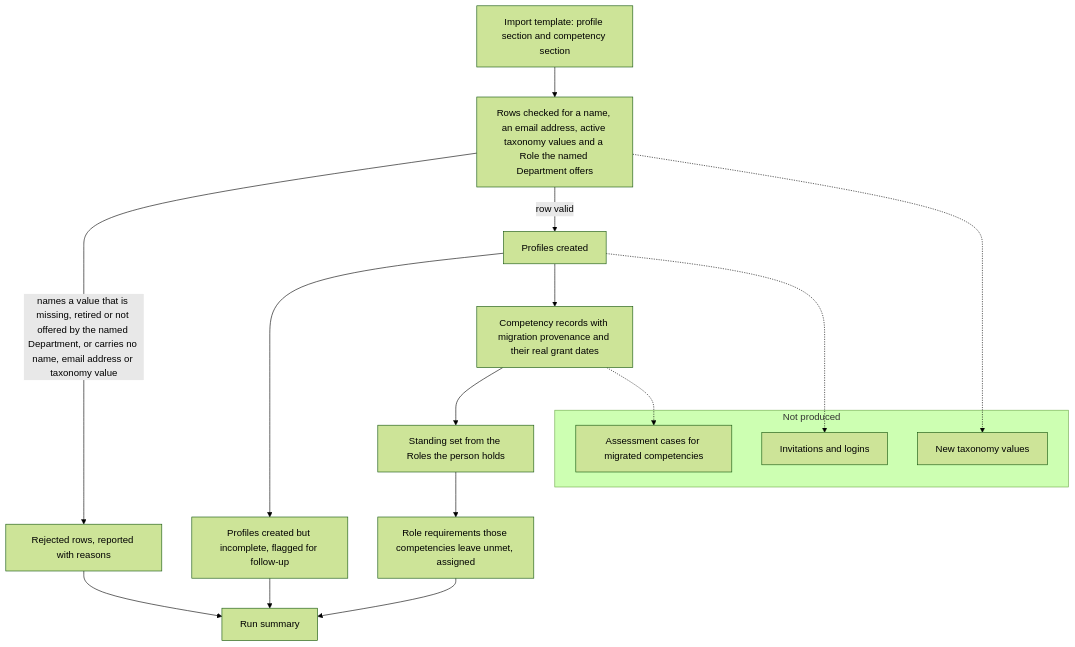
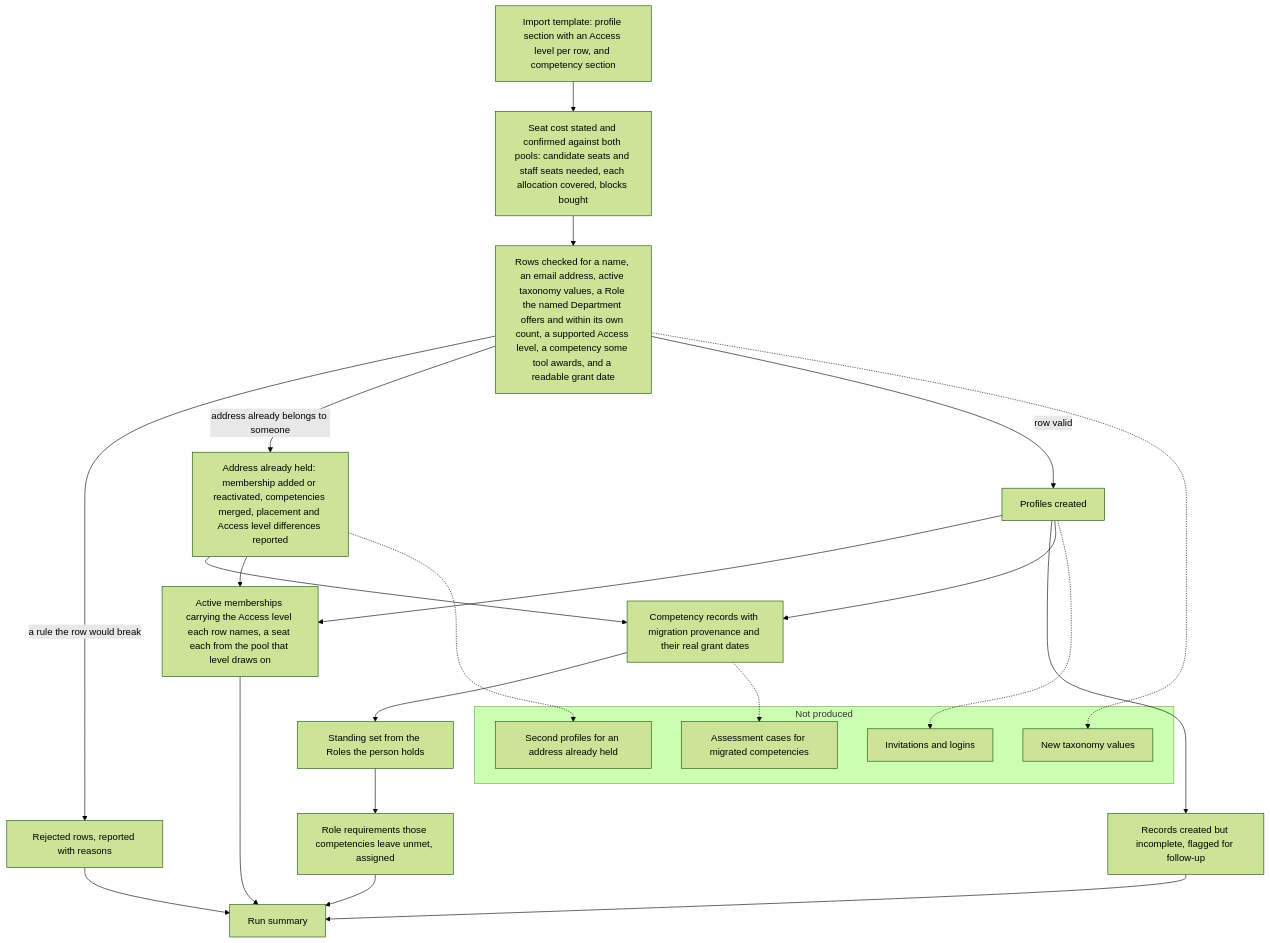
The second of 2 diagrams in docs/plans/2026-08-04-002-feat-organisation-settings-plan.md (AWyborn2/SPROUTFormsAi), drawn with Mermaid (forest theme) before and after one commit. The commit also changed other lines of this file and 1 other file, not shown here.

First line of the commit message:
docs(plans): resolve the open questions across both contracts

````diff
--- a/docs/plans/2026-08-04-002-feat-organisation-settings-plan.md
+++ b/docs/plans/2026-08-04-002-feat-organisation-settings-plan.md
@@ -736,30 +801,41 @@
 ```mermaid
 flowchart TB
-  FIL["Import template: profile section and competency section"]
-  ROW["Rows checked for a name, an email address, active taxonomy values and a Role the named Department offers"]
+  FIL["Import template: profile section with an Access level per row, and competency section"]
+  PRV["Seat cost stated and confirmed against both pools: candidate seats and staff seats needed, each allocation covered, blocks bought"]
+  ROW["Rows checked for a name, an email address, active taxonomy values, a Role the named Department offers and within its own count, a supported Access level, a competency some tool awards, and a readable grant date"]
   REJ["Rejected rows, reported with reasons"]
   PRO["Profiles created"]
-  FLG["Profiles created but incomplete, flagged for follow-up"]
+  MRG["Address already held: membership added or reactivated, competencies merged, placement and Access level differences reported"]
+  MEM["Active memberships carrying the Access level each row names, a seat each from the pool that level draws on"]
+  FLG["Records created but incomplete, flagged for follow-up"]
   CMP["Competency records with migration provenance and their real grant dates"]
   STD["Standing set from the Roles the person holds"]
   UNM["Role requirements those competencies leave unmet, assigned"]
   RPT["Run summary"]
-  FIL --> ROW
-  ROW -->|"names a value that is missing, retired or not offered by the named Department, or carries no name, email address or taxonomy value"| REJ
+  FIL --> PRV
+  PRV --> ROW
+  ROW -->|"a rule the row would break"| REJ
+  ROW -->|"address already belongs to someone"| MRG
   ROW -->|"row valid"| PRO
+  PRO --> MEM
   PRO --> FLG
   PRO --> CMP
+  MRG --> CMP
+  MRG --> MEM
   CMP --> STD
   STD --> UNM
   UNM --> RPT
   FLG --> RPT
   REJ --> RPT
+  MEM --> RPT
   subgraph NOT["Not produced"]
     N1["Invitations and logins"]
     N2["Assessment cases for migrated competencies"]
     N3["New taxonomy values"]
+    N4["Second profiles for an address already held"]
   end
   PRO -.-> N1
   CMP -.-> N2
   ROW -.-> N3
+  MRG -.-> N4
 ```
````
